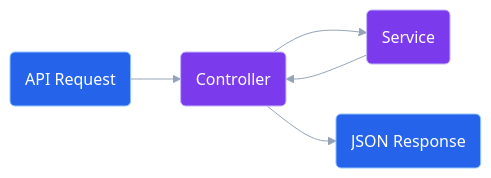
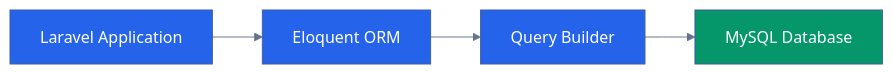
One commit to kupiMZS/CareerIQ-AI changed the seventh of 28 diagrams in documentation/06-backend-development-plan.md. Above: the diagram before and after it, drawn with Mermaid. The commit also changed other lines of this file and 9 other files, not shown here.

Commit message:
docs: finalize complete system documentation and architecture foundation

````diff
--- a/documentation/06-backend-development-plan.md
+++ b/documentation/06-backend-development-plan.md
@@ -1170,49 +1103,45 @@
 ```mermaid
 %%{init:{
-'theme':'base',
-'themeVariables':{
-'fontFamily':'Inter',
-'lineColor':'#94A3B8'
+"theme":"base",
+"themeVariables":{
+"primaryColor":"#2563EB",
+"primaryTextColor":"#FFFFFF",
+"lineColor":"#64748B"
 }
 }}%%
 
 
 flowchart LR
 
 
-REQUEST("API Request")
+APPLICATION["Laravel Application"]
 
 
-CONTROLLER("Controller")
+ORM["Eloquent ORM"]
 
 
-SERVICE("Service")
+QUERY["Query Builder"]
 
 
-RESPONSE("JSON Response")
+DATABASE["MySQL Database"]
 
 
 
-REQUEST --> CONTROLLER
+APPLICATION --> ORM
 
-CONTROLLER --> SERVICE
+ORM --> QUERY
 
-SERVICE --> CONTROLLER
-
-CONTROLLER --> RESPONSE
+QUERY --> DATABASE
 
 
 
-classDef request fill:#2563EB,stroke:#93C5FD,color:#FFFFFF;
+classDef backend fill:#2563EB,color:white;
 
-classDef backend fill:#7C3AED,stroke:#C4B5FD,color:#FFFFFF;
+classDef database fill:#059669,color:white;
 
 
+class APPLICATION,ORM,QUERY backend;
 
-class REQUEST request;
-
-class CONTROLLER,SERVICE backend;
-
-class RESPONSE request;
+class DATABASE database;
 
 ```
````
